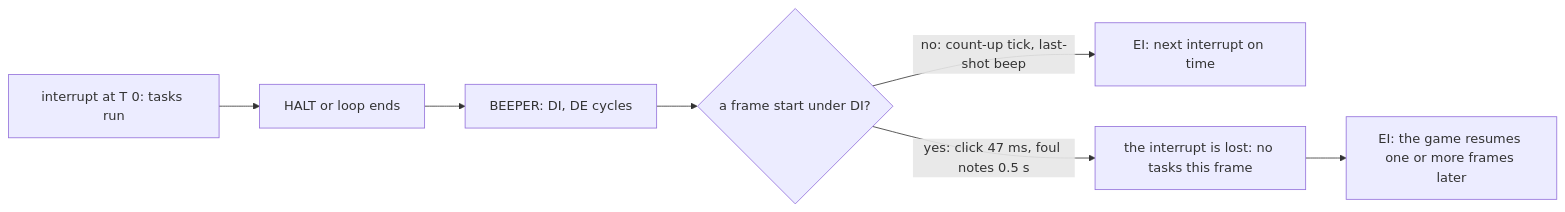
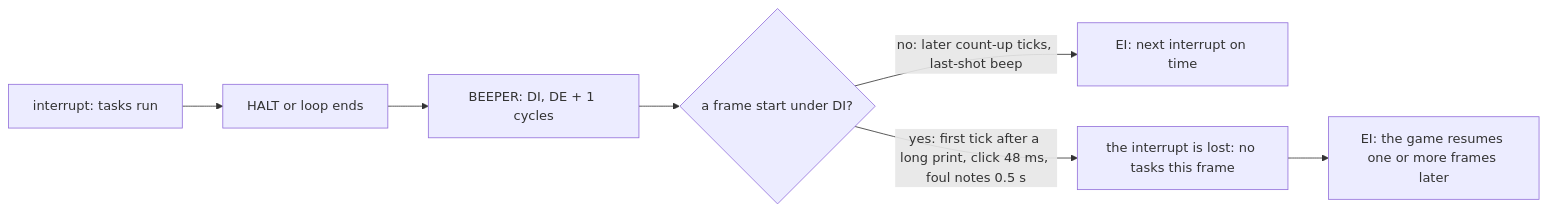
The sixth of 8 diagrams in games/video-pool/docs/09-sound.md (alfishe/unrealng-reverse-cases), drawn with Mermaid before and after one commit. The commit also changed other lines of this file and 51 other files, not shown here.

Commit message:
Video Pool: review round 1 - 106 findings checked and fixed (canonical shot cost, tally step, BEEPER DE+1, frame-start samples), game.ann descriptions, figures redrawn

````diff
--- a/games/video-pool/docs/09-sound.md
+++ b/games/video-pool/docs/09-sound.md
@@ -664,9 +722,9 @@
 ```mermaid
 flowchart LR
-    I[interrupt at T 0: tasks run] --> H[HALT or loop ends]
-    H --> B[BEEPER: DI, DE cycles]
+    I[interrupt: tasks run] --> H[HALT or loop ends]
+    H --> B[BEEPER: DI, DE + 1 cycles]
     B --> Q{a frame start under DI?}
-    Q -->|no: count-up tick, last-shot beep| E[EI: next interrupt on time]
-    Q -->|yes: click 47 ms, foul notes 0.5 s| L[the interrupt is lost: no tasks this frame]
+    Q -->|no: later count-up ticks, last-shot beep| E[EI: next interrupt on time]
+    Q -->|yes: first tick after a long print, click 48 ms, foul notes 0.5 s| L[the interrupt is lost: no tasks this frame]
     L --> E2[EI: the game resumes one or more frames later]
 ```
````
